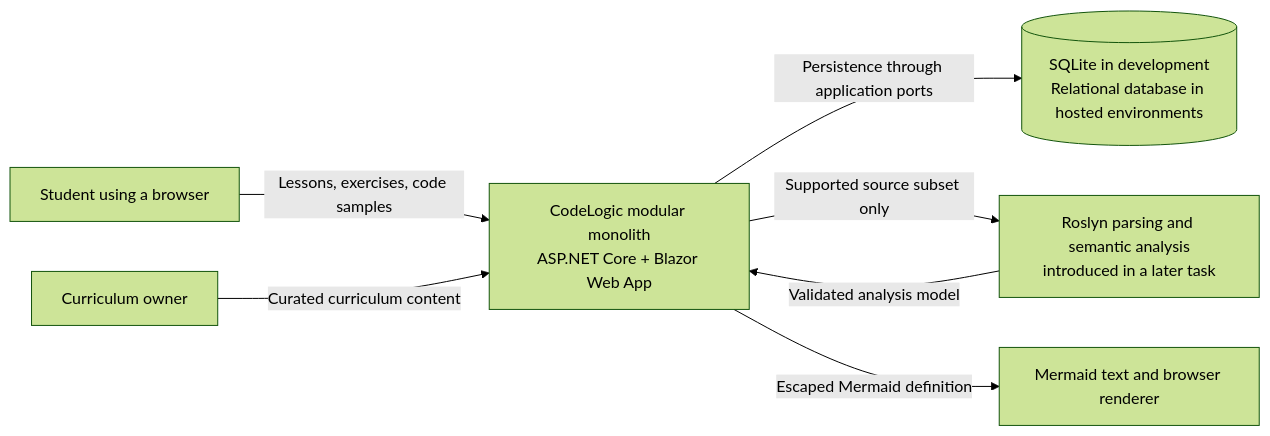
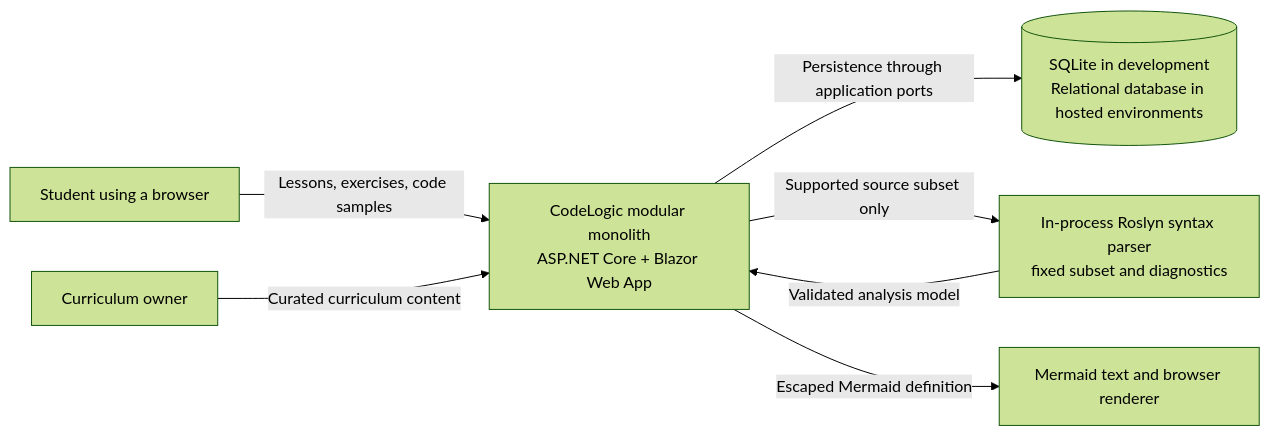
The first of 4 diagrams in docs/ARCHITECTURE.md (DarryllPj77/CodeLogic), drawn with Mermaid (forest theme) before and after one commit. The commit also changed other lines of this file and 18 other files, not shown here.

Commit message:
feat: add bounded Roslyn parse diagnostics

````diff
--- a/docs/ARCHITECTURE.md
+++ b/docs/ARCHITECTURE.md
@@ -27,16 +27,16 @@
 ```mermaid
 flowchart LR
     Student[Student using a browser]
     Owner[Curriculum owner]
     Web[CodeLogic modular monolith<br/>ASP.NET Core + Blazor Web App]
     Db[(SQLite in development<br/>Relational database in hosted environments)]
-    Roslyn[Roslyn parsing and semantic analysis<br/>introduced in a later task]
+    Roslyn[In-process Roslyn syntax parser<br/>fixed subset and diagnostics]
     Diagram[Mermaid text and browser renderer]
 
     Student -->|Lessons, exercises, code samples| Web
     Owner -->|Curated curriculum content| Web
     Web -->|Persistence through application ports| Db
     Web -->|Supported source subset only| Roslyn
     Roslyn -->|Validated analysis model| Web
     Web -->|Escaped Mermaid definition| Diagram
 ```
````
